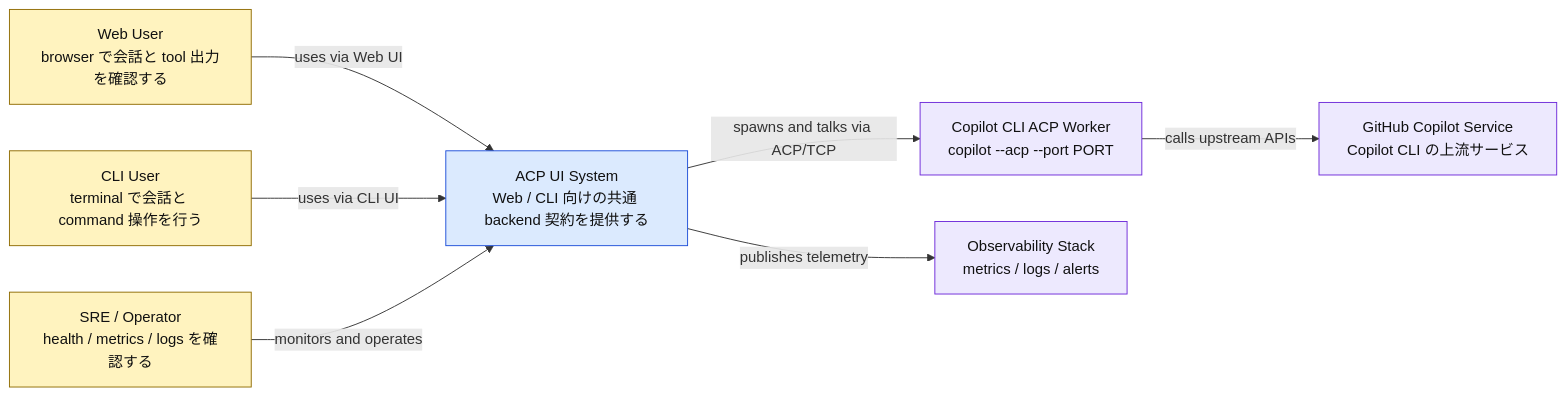
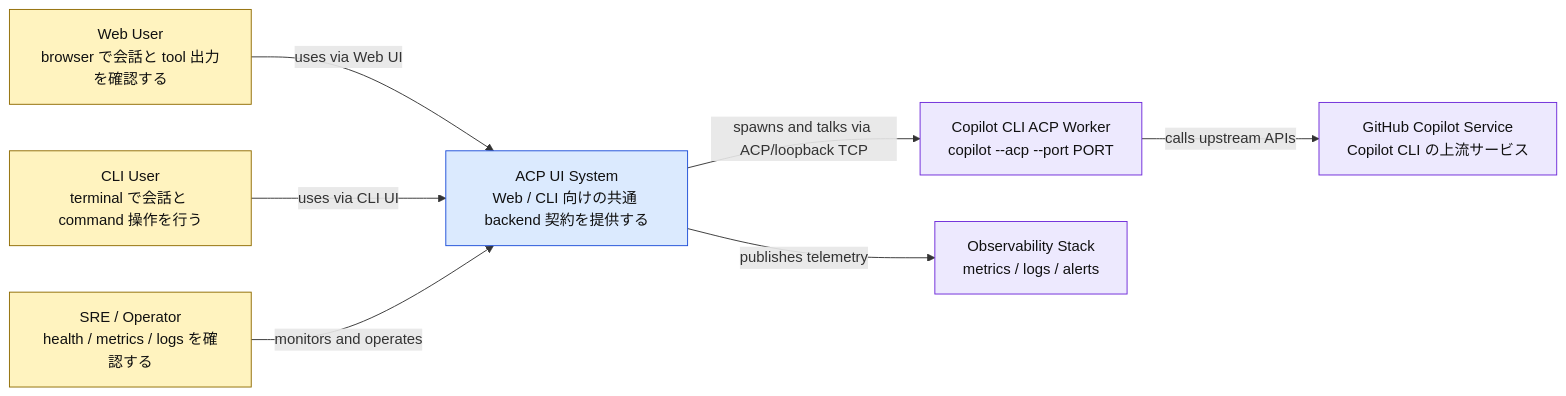
One commit to chalharu/copilot-sandbox-container changed the second of 12 diagrams in docs/explanation/acp-web-cli-architecture.md. Above: the diagram before and after it, drawn with Mermaid. The commit also changed other lines of this file, not shown here.

Commit message:
docs(explanation): harden ACP web CLI design

````diff
--- a/docs/explanation/acp-web-cli-architecture.md
+++ b/docs/explanation/acp-web-cli-architecture.md
@@ -120,27 +120,27 @@
 ```mermaid
 flowchart LR
     webUser["Web User<br/>browser で会話と tool 出力を確認する"]
     cliUser["CLI User<br/>terminal で会話と command 操作を行う"]
     sre["SRE / Operator<br/>health / metrics / logs を確認する"]
 
     acpUi["ACP UI System<br/>Web / CLI 向けの共通 backend 契約を提供する"]
 
     acpWorker["Copilot CLI ACP Worker<br/>copilot --acp --port PORT"]
     observability["Observability Stack<br/>metrics / logs / alerts"]
     githubCopilot["GitHub Copilot Service<br/>Copilot CLI の上流サービス"]
 
     webUser -->|uses via Web UI| acpUi
     cliUser -->|uses via CLI UI| acpUi
     sre -->|monitors and operates| acpUi
-    acpUi -->|spawns and talks via ACP/TCP| acpWorker
+    acpUi -->|spawns and talks via ACP/loopback TCP| acpWorker
     acpUi -->|publishes telemetry| observability
     acpWorker -->|calls upstream APIs| githubCopilot
 
     classDef person fill:#fff3bf,stroke:#8f6b00,color:#111;
     classDef system fill:#dbeafe,stroke:#1d4ed8,color:#111;
     classDef external fill:#ede9fe,stroke:#6d28d9,color:#111;
 
     class webUser,cliUser,sre person;
     class acpUi system;
     class acpWorker,observability,githubCopilot external;
 ```
````
